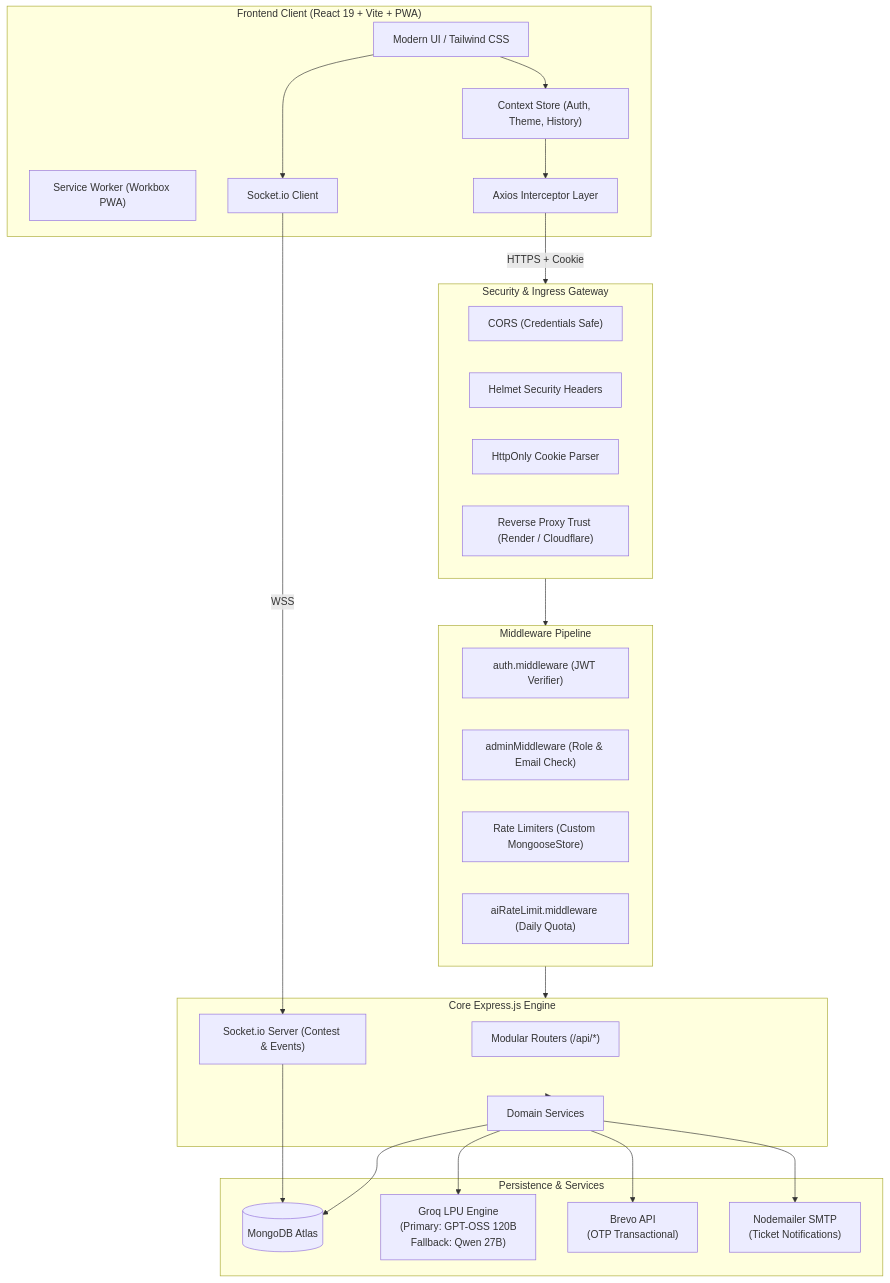
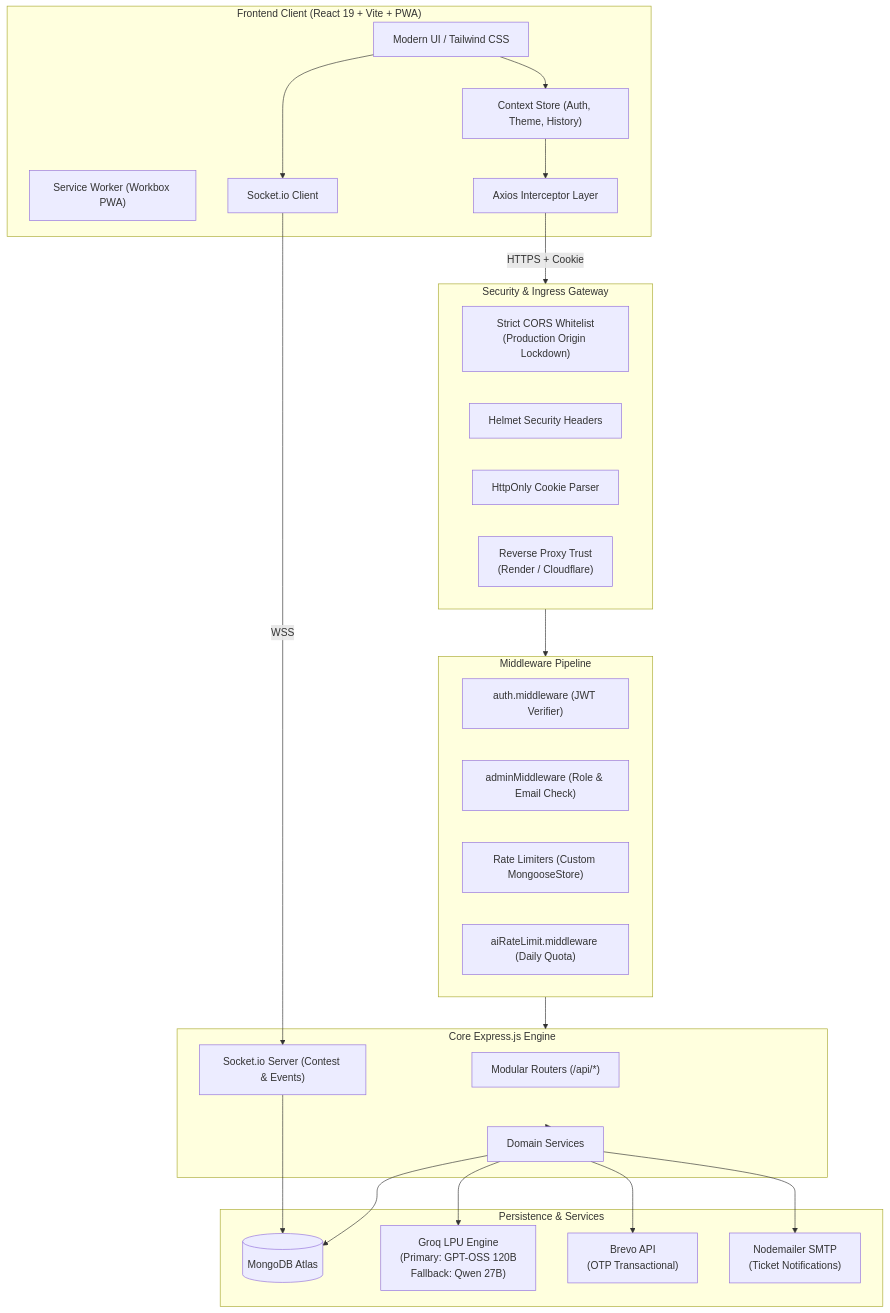
The first of 3 diagrams in README.md (Amaan-Mujawar/StudexaAI-Platform), drawn with Mermaid before and after one commit. The commit also changed other lines of this file and 11 other files, not shown here.

First line of the commit message:
feat(security): enforce strict CORS lockdown, harden repository, and update portfolio documentation

````diff
--- a/README.md
+++ b/README.md
@@ -44,53 +81,53 @@
 ```mermaid
 flowchart TD
     subgraph Client["Frontend Client (React 19 + Vite + PWA)"]
         UI["Modern UI / Tailwind CSS"]
         SW["Service Worker (Workbox PWA)"]
         CTX["Context Store (Auth, Theme, History)"]
         API_SVC["Axios Interceptor Layer"]
         SOCK_CLIENT["Socket.io Client"]
     end
 
     subgraph Gateway["Security & Ingress Gateway"]
-        CORS["CORS (Credentials Safe)"]
+        CORS["Strict CORS Whitelist\n(Production Origin Lockdown)"]
         HELMET["Helmet Security Headers"]
         COOKIE_PARSER["HttpOnly Cookie Parser"]
-        PROXY["Reverse Proxy Trust (Render / Cloudflare)"]
+        PROXY["Reverse Proxy Trust\n(Render / Cloudflare)"]
     end
 
     subgraph Middleware["Middleware Pipeline"]
         AUTH_MW["auth.middleware (JWT Verifier)"]
         ADMIN_MW["adminMiddleware (Role & Email Check)"]
         RL_HTTP["Rate Limiters (Custom MongooseStore)"]
         RL_AI["aiRateLimit.middleware (Daily Quota)"]
     end
 
     subgraph Backend["Core Express.js Engine"]
         ROUTERS["Modular Routers (/api/*)"]
         SERVICES["Domain Services"]
         SOCKET_SRV["Socket.io Server (Contest & Events)"]
     end
 
     subgraph Data["Persistence & Services"]
         MONGO[("MongoDB Atlas")]
         GROQ["Groq LPU Engine\n(Primary: GPT-OSS 120B\nFallback: Qwen 27B)"]
         BREVO["Brevo API\n(OTP Transactional)"]
         GMAIL["Nodemailer SMTP\n(Ticket Notifications)"]
     end
 
     UI --> CTX
     CTX --> API_SVC
     UI --> SOCK_CLIENT
     API_SVC -- HTTPS + Cookie --> Gateway
     SOCK_CLIENT -- WSS --> SOCKET_SRV
 
     Gateway --> Middleware
     Middleware --> Backend
     Backend --> SERVICES
 
     SERVICES --> MONGO
     SERVICES --> GROQ
     SERVICES --> BREVO
     SERVICES --> GMAIL
     SOCKET_SRV --> MONGO
 ```
````
